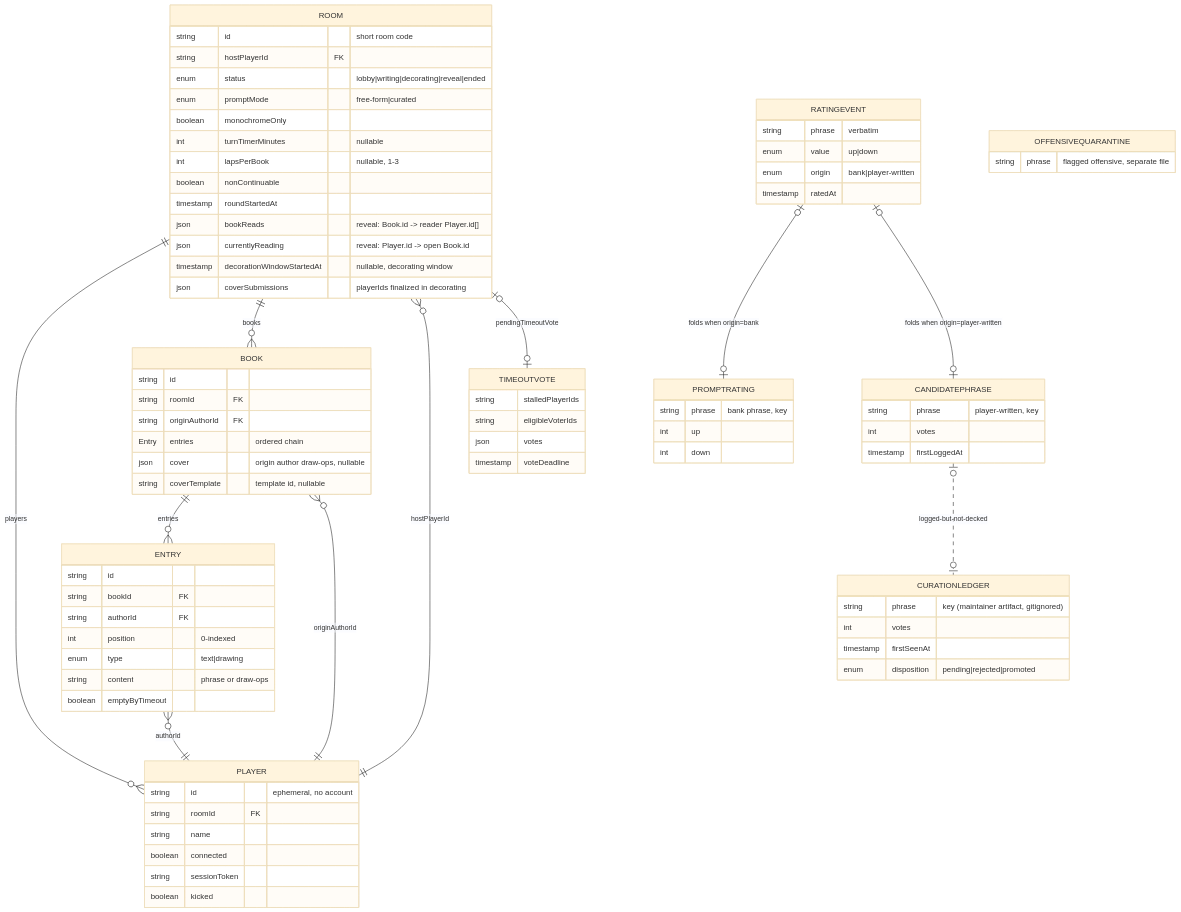
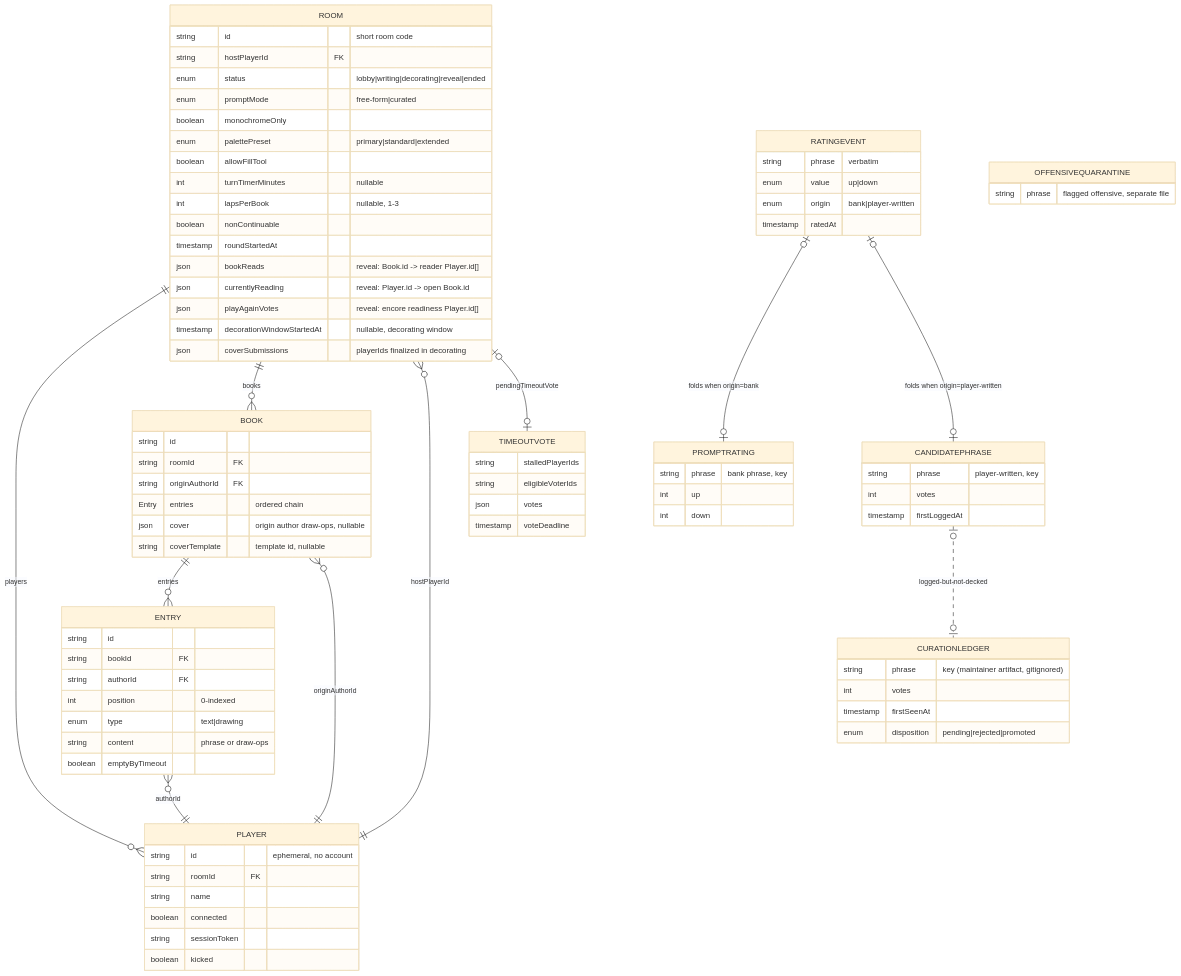
Before and after one commit to moui72/exquisite-telephone: the first of 3 diagrams in README.md, drawn with Mermaid (base theme). The commit also changed other lines of this file and 3 other files, not shown here.

First line of the commit message:
docs(project): regenerate diagrams for palette/reveal changes

```diff
--- a/README.md
+++ b/README.md
@@ -153,12 +153,15 @@
         enum status "lobby|writing|decorating|reveal|ended"
         enum promptMode "free-form|curated"
         boolean monochromeOnly
+        enum palettePreset "primary|standard|extended"
+        boolean allowFillTool
         int turnTimerMinutes "nullable"
         int lapsPerBook "nullable, 1-3"
         boolean nonContinuable
         timestamp roundStartedAt
         json bookReads "reveal: Book.id -> reader Player.id[]"
         json currentlyReading "reveal: Player.id -> open Book.id"
+        json playAgainVotes "reveal: encore readiness Player.id[]"
         timestamp decorationWindowStartedAt "nullable, decorating window"
         json coverSubmissions "playerIds finalized in decorating"
     }
```
